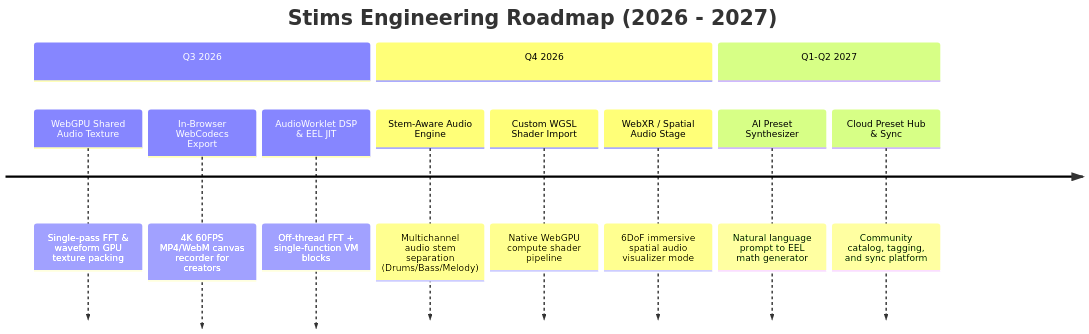
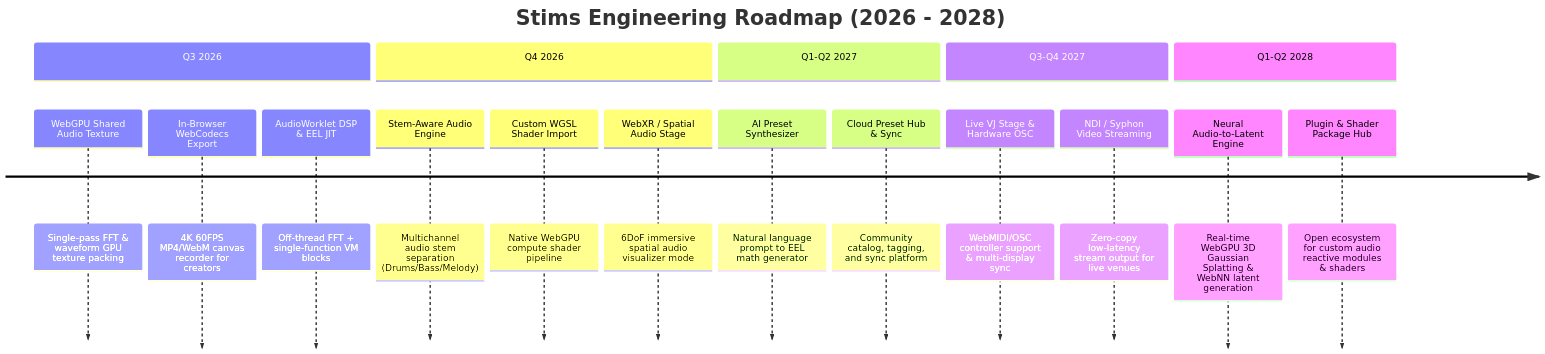
One commit to zz-plant/stims changed the diagram in docs/ROADMAP.md. Above: the diagram before and after it, drawn with Mermaid. The commit also changed other lines of this file and 29 other files, not shown here.

Commit message:
more progress on roadmap

````diff
--- a/docs/ROADMAP.md
+++ b/docs/ROADMAP.md
@@ -27,15 +29,21 @@
 ```mermaid
 timeline
-    title Stims Engineering Roadmap (2026 - 2027)
+    title Stims Engineering Roadmap (2026 - 2028)
     section Q3 2026
         WebGPU Shared Audio Texture  : Single-pass FFT & waveform GPU texture packing
         In-Browser WebCodecs Export : 4K 60FPS MP4/WebM canvas recorder for creators
         AudioWorklet DSP & EEL JIT  : Off-thread FFT + single-function VM blocks
     section Q4 2026
         Stem-Aware Audio Engine      : Multichannel audio stem separation (Drums/Bass/Melody)
         Custom WGSL Shader Import    : Native WebGPU compute shader pipeline
         WebXR / Spatial Audio Stage  : 6DoF immersive spatial audio visualizer mode
     section Q1-Q2 2027
         AI Preset Synthesizer        : Natural language prompt to EEL math generator
         Cloud Preset Hub & Sync      : Community catalog, tagging, and sync platform
+    section Q3-Q4 2027
+        Live VJ Stage & Hardware OSC : WebMIDI/OSC controller support & multi-display sync
+        NDI / Syphon Video Streaming : Zero-copy low-latency stream output for live venues
+    section Q1-Q2 2028
+        Neural Audio-to-Latent Engine: Real-time WebGPU 3D Gaussian Splatting & WebNN latent generation
+        Plugin & Shader Package Hub  : Open ecosystem for custom audio reactive modules & shaders
 ```
````
